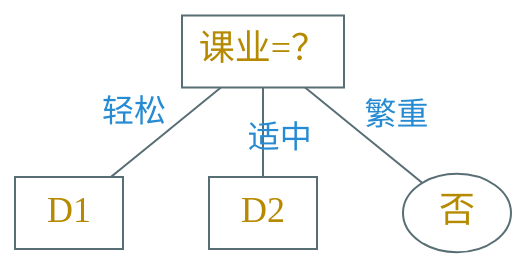
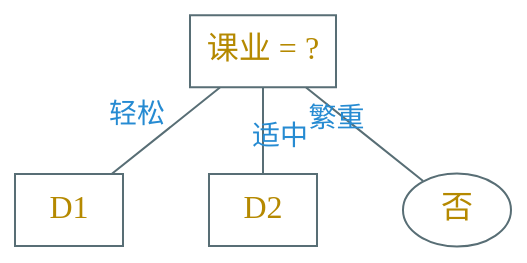
One commit to Avanti1980/course-ml changed the diagram in dot/dt-divide-d.dot. Above: the diagram before and after it, drawn with Graphviz. The commit also changed 8 other files, not shown here.

```diff
--- a/dot/dt-divide-d.dot
+++ b/dot/dt-divide-d.dot
@@ -1,12 +1,12 @@
 digraph g {
     bgcolor=transparent
     graph [nodesep=0.6, ranksep=0.6]
-    node [shape=box, color="#586e75", fontcolor="#b58900", fontsize=18, fontname="Ysabeau, LXGWSong"]
-    edge [arrowhead=none, color="#586e75", fontcolor="#268bd2", fontsize=16, fontname="Ysabeau, LXGWSong"]
+    node [shape=box, color="#586e75", fontcolor="#b58900", fontsize=16, fontname="Ysabeau, LXGWSong"]
+    edge [arrowhead=none, color="#586e75", fontcolor="#268bd2", fontsize=14, fontname="Ysabeau, LXGWSong"]
 
-    "课业=？" -> "D1" [xlabel="轻松"]
-    "课业=？" -> "D2" [headlabel="适中", labeldistance=2]
+    "课业 = ?" -> "D1" [xlabel="轻松"]
+    "课业 = ?" -> "D2" [headlabel="适中", labeldistance=2]
 
     node [shape=ellipse]
-    "课业=？" -> "否" [xlabel="繁重"]
+    "课业 = ?" -> "否" [xlabel="繁重"]
 }
```
